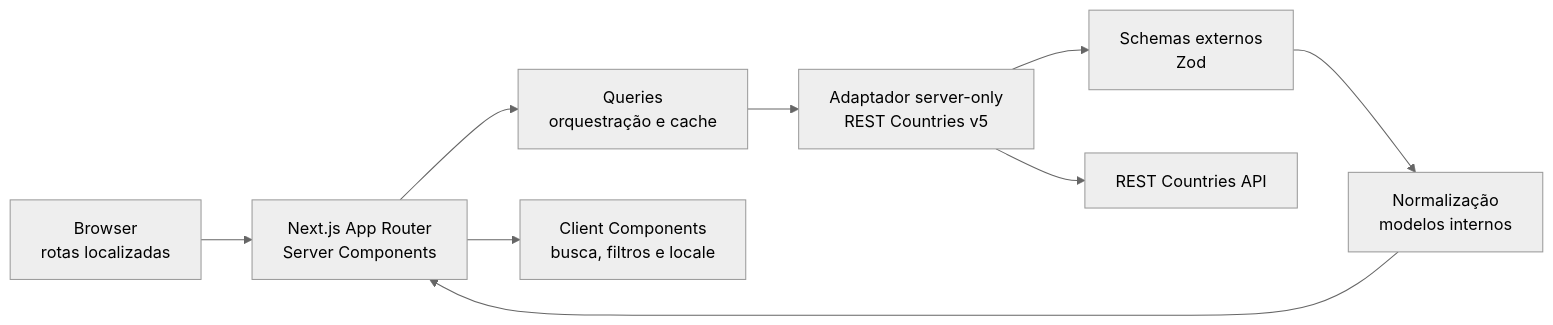
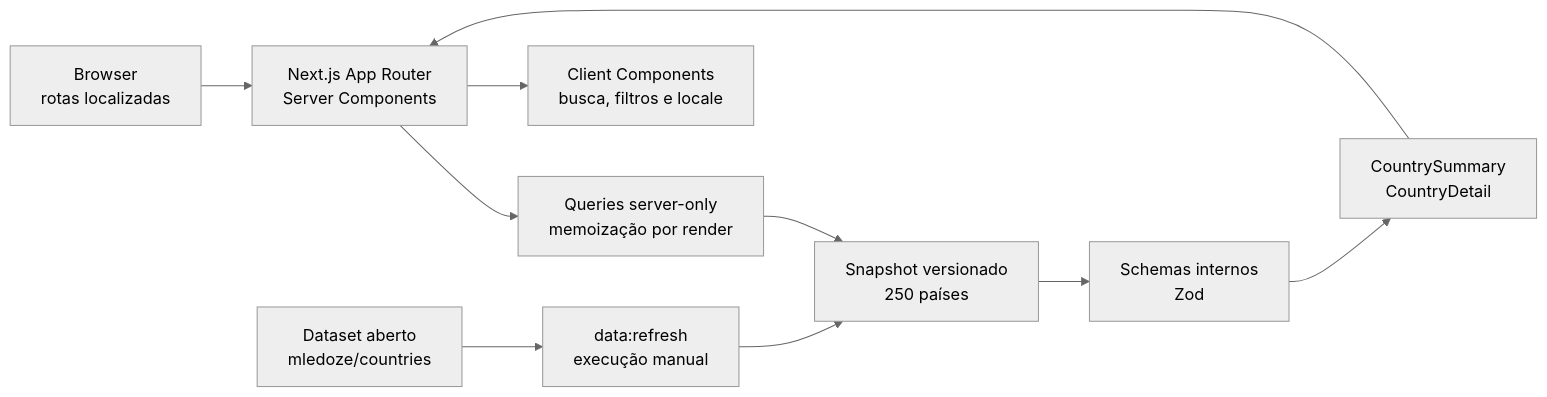
One commit to Gaabriel22/atlasia changed the diagram in README.md. Above: the diagram before and after it, drawn with Mermaid (neutral theme). The commit also changed other lines of this file and 18 other files, not shown here.

First line of the commit message:
fix(data): remove runtime API dependency

````diff
--- a/README.md
+++ b/README.md
@@ -82,11 +82,12 @@
 ```mermaid
 flowchart LR
     Browser["Browser<br/>rotas localizadas"] --> App["Next.js App Router<br/>Server Components"]
-    App --> Queries["Queries<br/>orquestração e cache"]
-    Queries --> Adapter["Adaptador server-only<br/>REST Countries v5"]
-    Adapter --> Validation["Schemas externos<br/>Zod"]
-    Validation --> Domain["Normalização<br/>modelos internos"]
+    App --> Queries["Queries server-only<br/>memoização por render"]
+    Queries --> Snapshot["Snapshot versionado<br/>250 países"]
+    Snapshot --> Validation["Schemas internos<br/>Zod"]
+    Validation --> Domain["CountrySummary<br/>CountryDetail"]
     Domain --> App
     App --> Islands["Client Components<br/>busca, filtros e locale"]
-    Adapter --> API["REST Countries API"]
+    Source["Dataset aberto<br/>mledoze/countries"] --> Generator["data:refresh<br/>execução manual"]
+    Generator --> Snapshot
 ```
````
